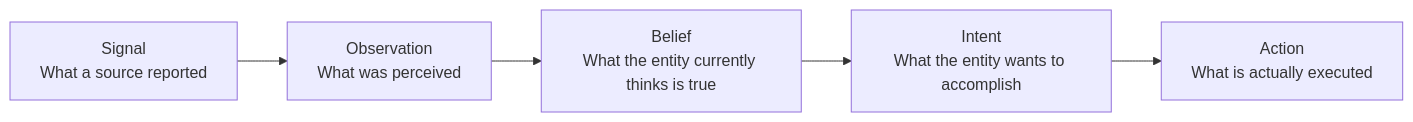
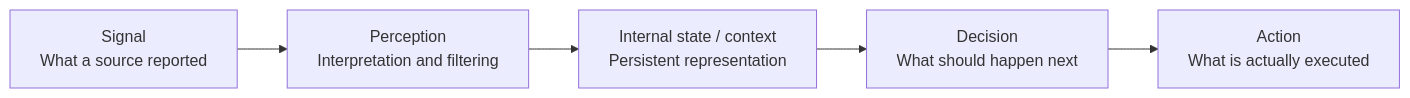
One commit to skasti/skyn-vaettr changed the second of 13 diagrams in docs/architecture.md. Above: the diagram before and after it, drawn with Mermaid. The commit also changed other lines of this file, not shown here.

Commit message:
docs: keep internal state representation open

````diff
--- a/docs/architecture.md
+++ b/docs/architecture.md
@@ -85,13 +83,13 @@
 ```mermaid
 flowchart LR
     S[Signal<br/>What a source reported]
-    O[Observation<br/>What was perceived]
-    B[Belief<br/>What the entity currently thinks is true]
-    I[Intent<br/>What the entity wants to accomplish]
+    P[Perception<br/>Interpretation and filtering]
+    C[Internal state / context<br/>Persistent representation]
+    D[Decision<br/>What should happen next]
     A[Action<br/>What is actually executed]
 
-    S --> O
-    O --> B
-    B --> I
-    I --> A
+    S --> P
+    P --> C
+    C --> D
+    D --> A
 ```
````
